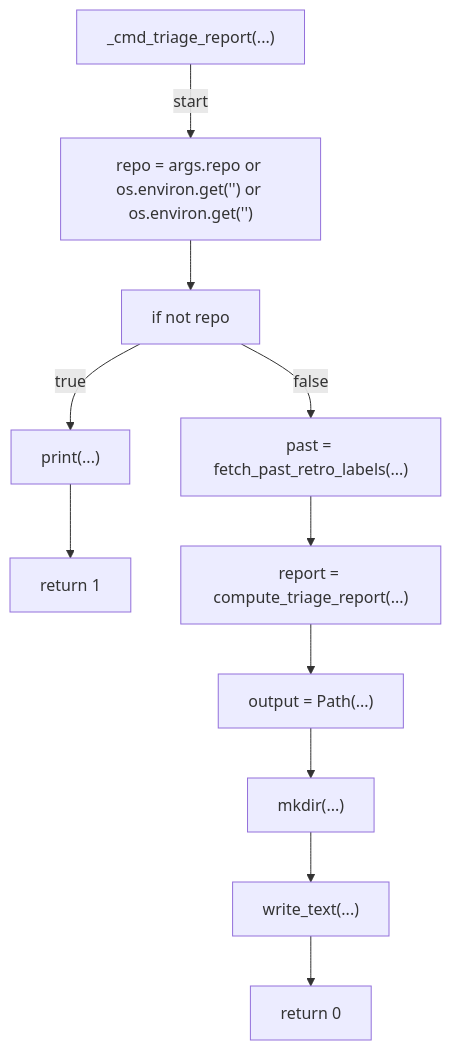
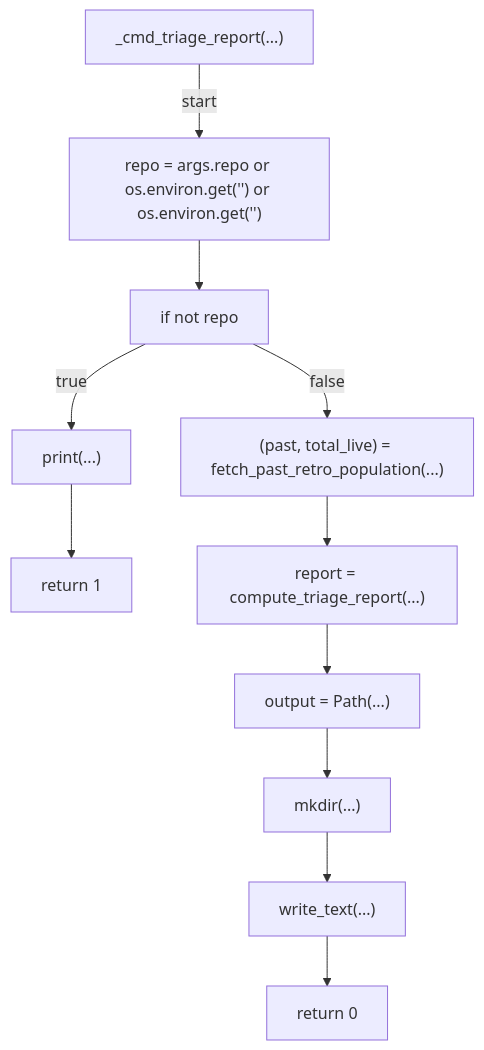
Diagram 54 of 59 in docs/generated/scripts/ast/auto_retro.md (tvna/claude-md), drawn with Mermaid before and after one commit. The commit also changed other lines of this file and 3 other files, not shown here.

First line of the commit message:
docs(generated): regenerate decision tree and workflow diagrams

````diff
--- a/docs/generated/scripts/ast/auto_retro.md
+++ b/docs/generated/scripts/ast/auto_retro.md
@@ -1202,24 +1223,24 @@
 ```mermaid
 flowchart TD
     N001["_cmd_triage_report(...)"]
     N002["repo = args.repo or os.environ.get('<str>') or os.environ.get('<str>')"]
     N003["if not repo"]
     N004["print(...)"]
     N005["return 1"]
-    N006["past = fetch_past_retro_labels(...)"]
+    N006["(past, total_live) = fetch_past_retro_population(...)"]
     N007["report = compute_triage_report(...)"]
     N008["output = Path(...)"]
     N009["mkdir(...)"]
     N010["write_text(...)"]
     N011["return 0"]
     N001 -->|"start"| N002
     N002 --> N003
     N003 -->|"true"| N004
     N004 --> N005
     N003 -->|"false"| N006
     N006 --> N007
     N007 --> N008
     N008 --> N009
     N009 --> N010
     N010 --> N011
 ```
````
